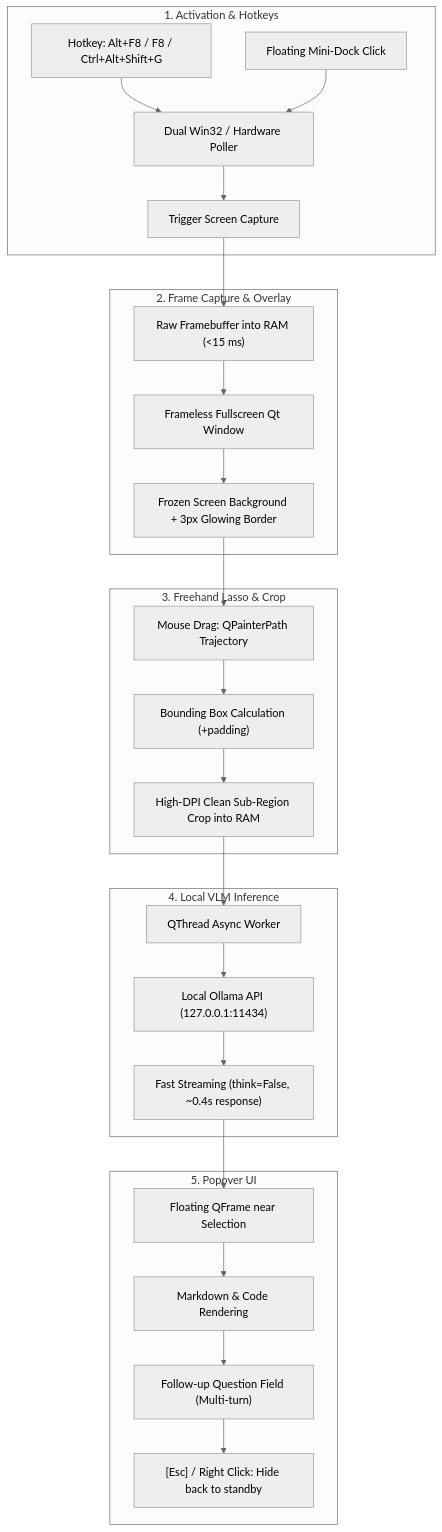
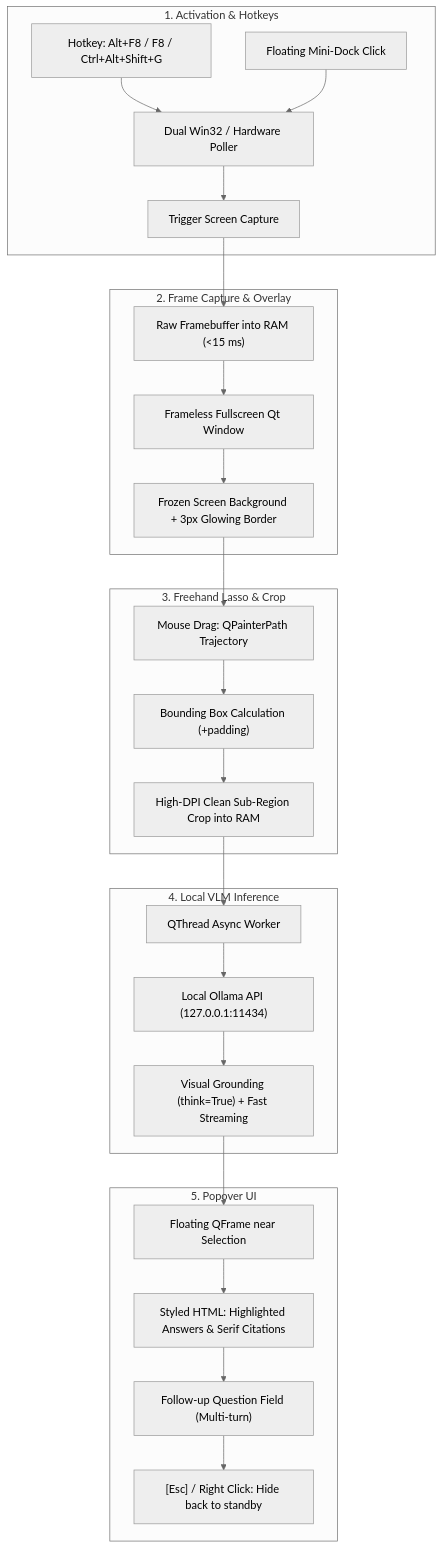
One commit to Jalop-end/ai-lens changed the diagram in README.md. Above: the diagram before and after it, drawn with Mermaid (neutral theme). The commit also changed other lines of this file and 7 other files, not shown here.

````diff
--- a/README.md
+++ b/README.md
@@ -33,33 +33,33 @@
 ```mermaid
 flowchart TD
     subgraph S1 ["1. Activation & Hotkeys"]
         A["Hotkey: Alt+F8 / F8 / Ctrl+Alt+Shift+G"] --> B["Dual Win32 / Hardware Poller"]
         C["Floating Mini-Dock Click"] --> B
         B --> D["Trigger Screen Capture"]
     end
 
     subgraph S2 ["2. Frame Capture & Overlay"]
         D --> E["Raw Framebuffer into RAM (<15 ms)"]
         E --> F["Frameless Fullscreen Qt Window"]
         F --> G["Frozen Screen Background + 3px Glowing Border"]
     end
 
     subgraph S3 ["3. Freehand Lasso & Crop"]
         G --> H["Mouse Drag: QPainterPath Trajectory"]
         H --> I["Bounding Box Calculation (+padding)"]
         I --> J["High-DPI Clean Sub-Region Crop into RAM"]
     end
 
     subgraph S4 ["4. Local VLM Inference"]
         J --> K["QThread Async Worker"]
         K --> L["Local Ollama API (127.0.0.1:11434)"]
-        L --> M["Fast Streaming (think=False, ~0.4s response)"]
+        L --> M["Visual Grounding (think=True) + Fast Streaming"]
     end
 
     subgraph S5 ["5. Popover UI"]
         M --> N["Floating QFrame near Selection"]
-        N --> O["Markdown & Code Rendering"]
+        N --> O["Styled HTML: Highlighted Answers & Serif Citations"]
         O --> P["Follow-up Question Field (Multi-turn)"]
         P --> Q["[Esc] / Right Click: Hide back to standby"]
     end
 ```
````
